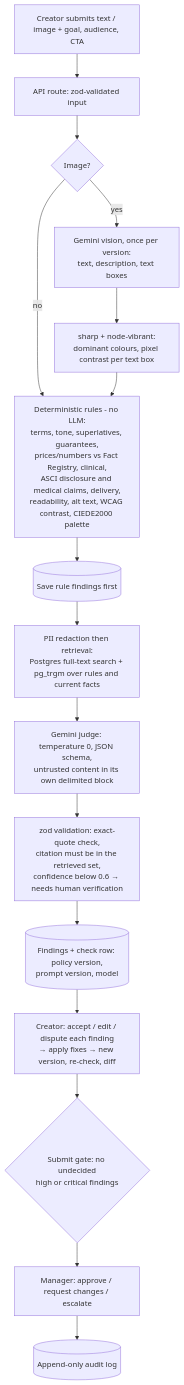
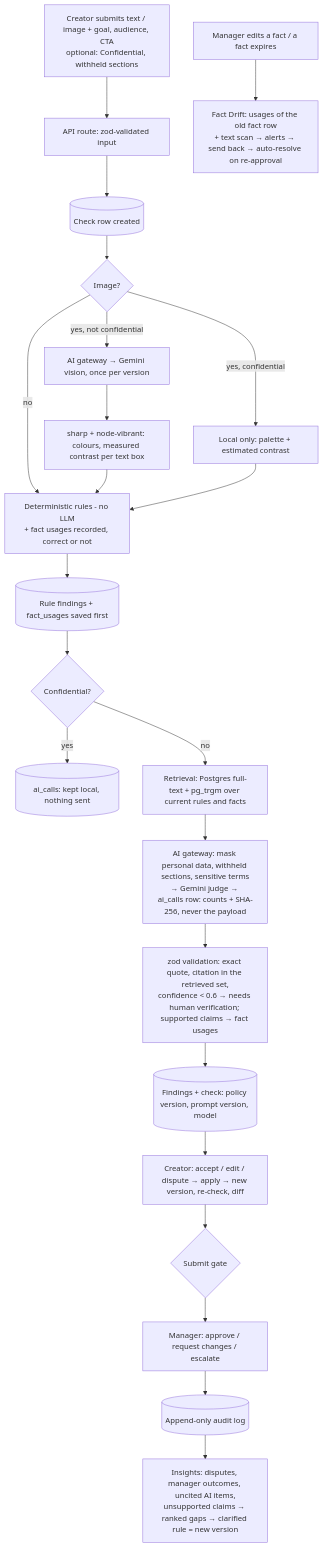
One commit to notaditya28/verity- changed the diagram in README.md. Above: the diagram before and after it, drawn with Mermaid. The commit also changed other lines of this file and 8 other files, not shown here.

Commit message:
docs: IMPROVEMENTS, TESTING, CONTRIBUTIONS; README walkthrough and diagram; Round 3 features, changes and disclosures

````diff
--- a/README.md
+++ b/README.md
@@ -23,18 +34,25 @@
 ```mermaid
 flowchart TD
-    A[Creator submits text / image + goal, audience, CTA] --> B[API route: zod-validated input]
-    B --> I{Image?}
-    I -- yes --> V[Gemini vision, once per version:<br/>text, description, text boxes]
-    V --> P[sharp + node-vibrant:<br/>dominant colours, pixel contrast per text box]
+    A[Creator submits text / image + goal, audience, CTA<br/>optional: Confidential, withheld sections] --> B[API route: zod-validated input]
+    B --> K[(Check row created)]
+    K --> I{Image?}
+    I -- "yes, not confidential" --> V[AI gateway → Gemini vision, once per version]
+    I -- "yes, confidential" --> VL[Local only: palette + estimated contrast]
+    V --> P[sharp + node-vibrant: colours, measured contrast per text box]
     I -- no --> D
-    P --> D[Deterministic rules - no LLM:<br/>terms, tone, superlatives, guarantees,<br/>prices/numbers vs Fact Registry, clinical,<br/>ASCI disclosure and medical claims, delivery,<br/>readability, alt text, WCAG contrast, CIEDE2000 palette]
-    D --> S[(Save rule findings first)]
-    S --> R[PII redaction then retrieval:<br/>Postgres full-text search + pg_trgm over rules and current facts]
-    R --> J[Gemini judge: temperature 0, JSON schema,<br/>untrusted content in its own delimited block]
-    J --> Z[zod validation: exact-quote check,<br/>citation must be in the retrieved set,<br/>confidence below 0.6 → needs human verification]
-    Z --> F[(Findings + check row: policy version,<br/>prompt version, model)]
-    F --> C[Creator: accept / edit / dispute each finding<br/>→ apply fixes → new version, re-check, diff]
-    C --> G{Submit gate: no undecided<br/>high or critical findings}
+    P --> D
+    VL --> D[Deterministic rules - no LLM<br/>+ fact usages recorded, correct or not]
+    D --> S[(Rule findings + fact_usages saved first)]
+    S --> CF{Confidential?}
+    CF -- yes --> LL[(ai_calls: kept local, nothing sent)]
+    CF -- no --> R[Retrieval: Postgres full-text + pg_trgm over current rules and facts]
+    R --> GW[AI gateway: mask personal data, withheld sections, sensitive terms<br/>→ Gemini judge → ai_calls row: counts + SHA-256, never the payload]
+    GW --> Z[zod validation: exact quote, citation in the retrieved set,<br/>confidence < 0.6 → needs human verification; supported claims → fact usages]
+    Z --> F[(Findings + check: policy version, prompt version, model)]
+    F --> C[Creator: accept / edit / dispute → apply → new version, re-check, diff]
+    C --> G{Submit gate}
     G --> M[Manager: approve / request changes / escalate]
     M --> L[(Append-only audit log)]
+    FE[Manager edits a fact / a fact expires] --> DR[Fact Drift: usages of the old fact row<br/>+ text scan → alerts → send back → auto-resolve on re-approval]
+    L --> IN[Insights: disputes, manager outcomes, uncited AI items,<br/>unsupported claims → ranked gaps → clarified rule = new version]
 ```
````
